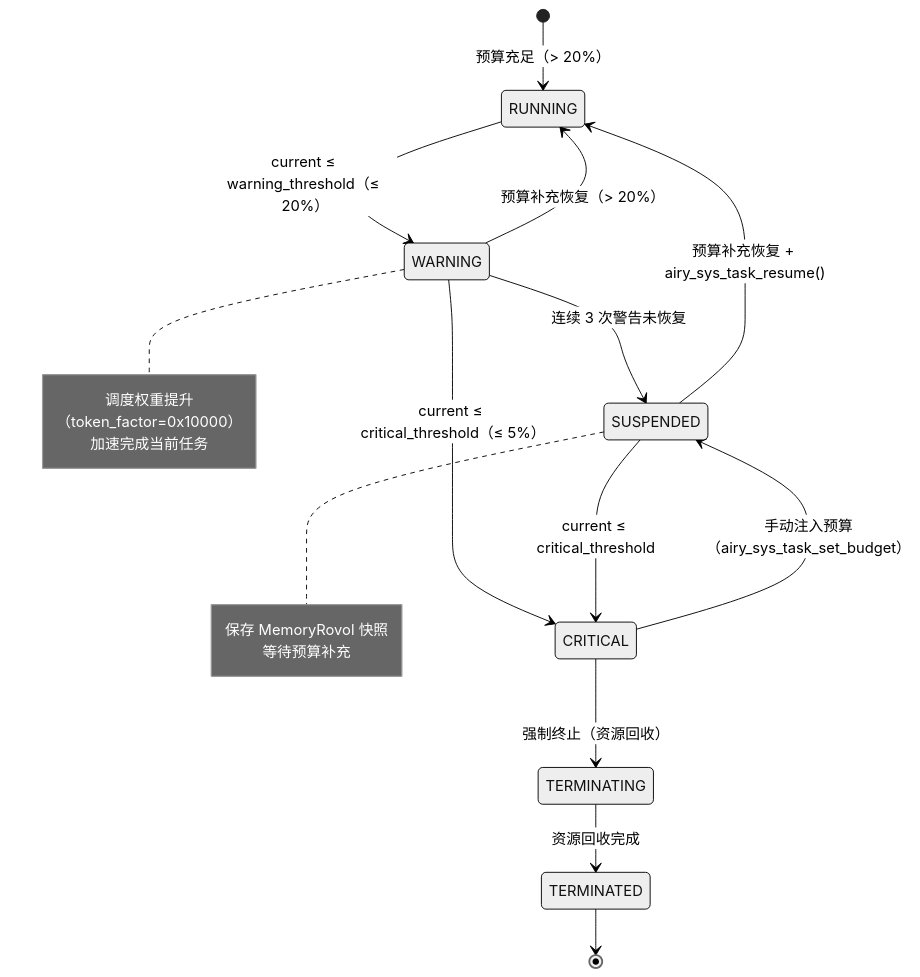
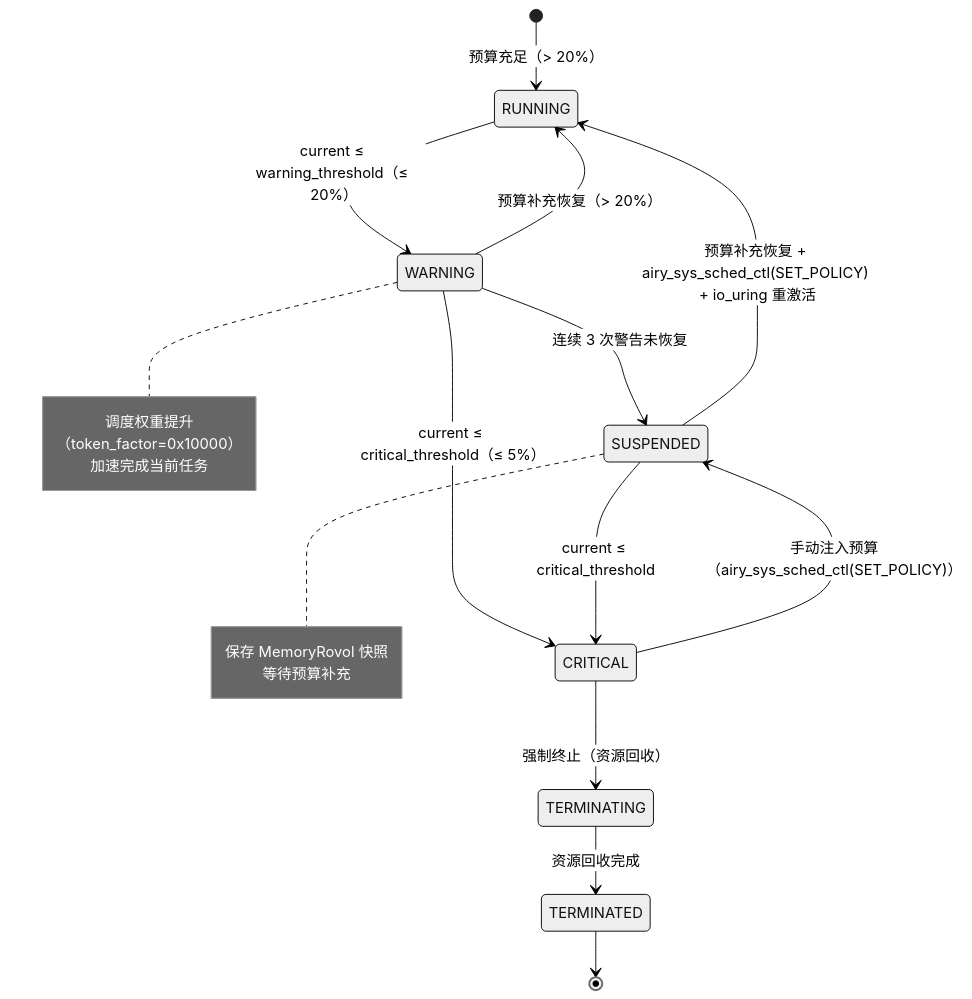
The second of 2 diagrams in 140-application-development/04-token-budget.md (openairymax/docs-linux), drawn with Mermaid (neutral theme) before and after one commit. The commit also changed other lines of this file and 50 other files, not shown here.

Commit message:
docs: 更新全部文档以适配 v1.0.1 版本 Capability Folding 变更 本次更新覆盖所有相关文档，主要变更包括： 1. 统一系统调用编号段从 512-631 调整为 548-571 2. 替换废弃的独立 syscall 为统一的 airy_sys_call + op-dispatch 模型

````diff
--- a/140-application-development/04-token-budget.md
+++ b/140-application-development/04-token-budget.md
@@ -380,28 +380,28 @@
 ```mermaid
 stateDiagram-v2
     [*] --> RUNNING: 预算充足（> 20%）
 
     RUNNING --> WARNING: current ≤ warning_threshold（≤ 20%）
     WARNING --> RUNNING: 预算补充恢复（> 20%）
     WARNING --> SUSPENDED: 连续 3 次警告未恢复
     WARNING --> CRITICAL: current ≤ critical_threshold（≤ 5%）
 
-    SUSPENDED --> RUNNING: 预算补充恢复 + airy_sys_task_resume()
+    SUSPENDED --> RUNNING: 预算补充恢复 + airy_sys_sched_ctl(SET_POLICY) + io_uring 重激活
     SUSPENDED --> CRITICAL: current ≤ critical_threshold
 
     CRITICAL --> TERMINATING: 强制终止（资源回收）
-    CRITICAL --> SUSPENDED: 手动注入预算（airy_sys_task_set_budget）
+    CRITICAL --> SUSPENDED: 手动注入预算（airy_sys_sched_ctl(SET_POLICY)）
 
     TERMINATING --> TERMINATED: 资源回收完成
     TERMINATED --> [*]
 
     note right of WARNING
         调度权重提升（token_factor=0x10000）
         加速完成当前任务
     end note
 
     note right of SUSPENDED
         保存 MemoryRovol 快照
         等待预算补充
     end note
 ```
````
